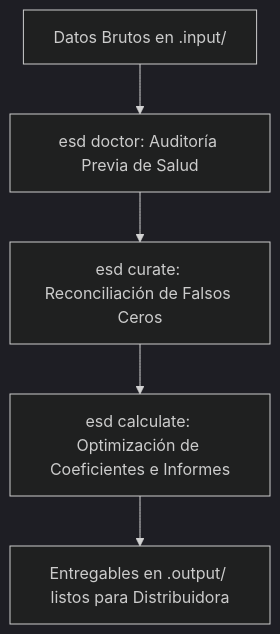
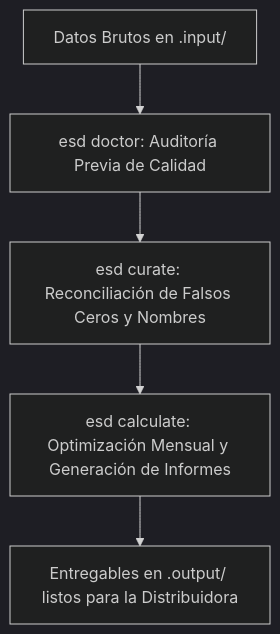
The second of 2 diagrams in docs/GUIDE_ES.md (marcosDLCS/electricity-share-distributor), drawn with Mermaid (dark theme) before and after one commit. The commit also changed other lines of this file and 5 other files, not shown here.

````diff
--- a/docs/GUIDE_ES.md
+++ b/docs/GUIDE_ES.md
@@ -107,7 +123,7 @@
 ```mermaid
 graph TD
-    A[Datos Brutos en .input/] --> B[esd doctor: Auditoría Previa de Salud]
-    B --> C[esd curate: Reconciliación de Falsos Ceros]
-    C --> D[esd calculate: Optimización de Coeficientes e Informes]
-    D --> E[Entregables en .output/ listos para Distribuidora]
+    A[Datos Brutos en .input/] --> B[esd doctor: Auditoría Previa de Calidad]
+    B --> C[esd curate: Reconciliación de Falsos Ceros y Nombres]
+    C --> D[esd calculate: Optimización Mensual y Generación de Informes]
+    D --> E[Entregables en .output/ listos para la Distribuidora]
 ```
````
